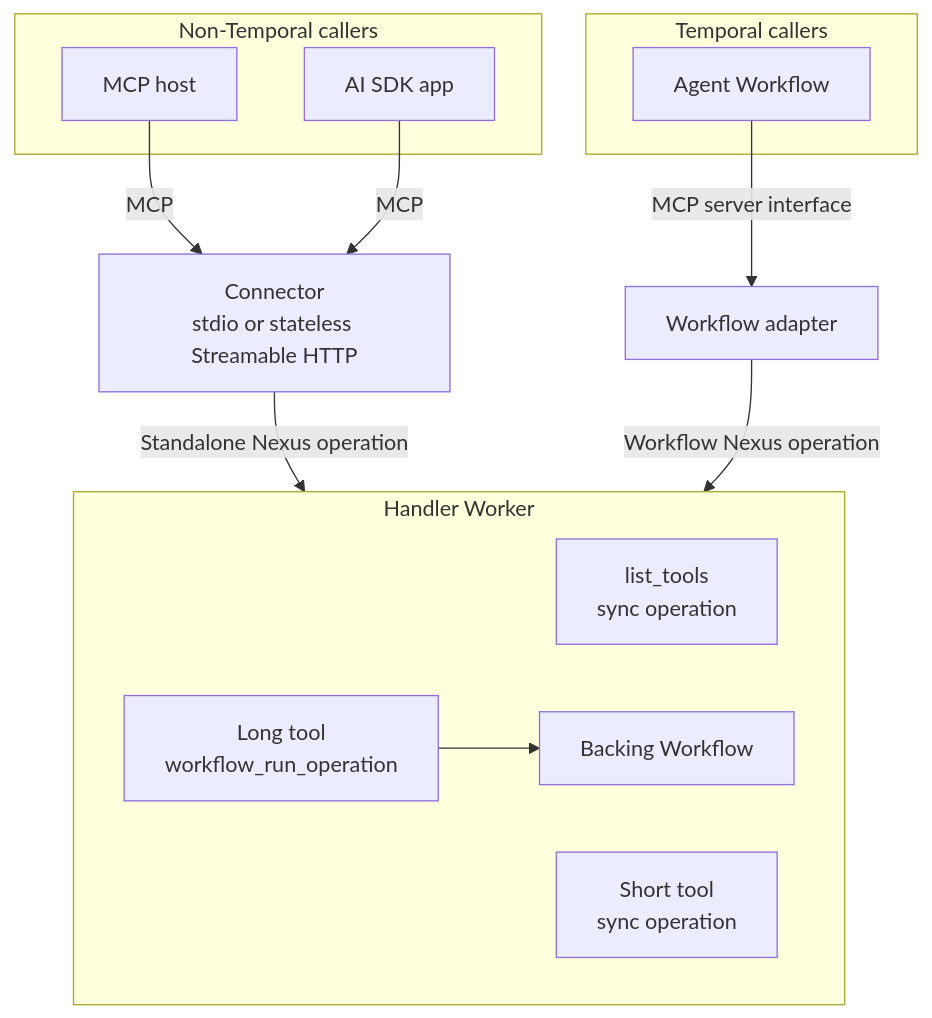
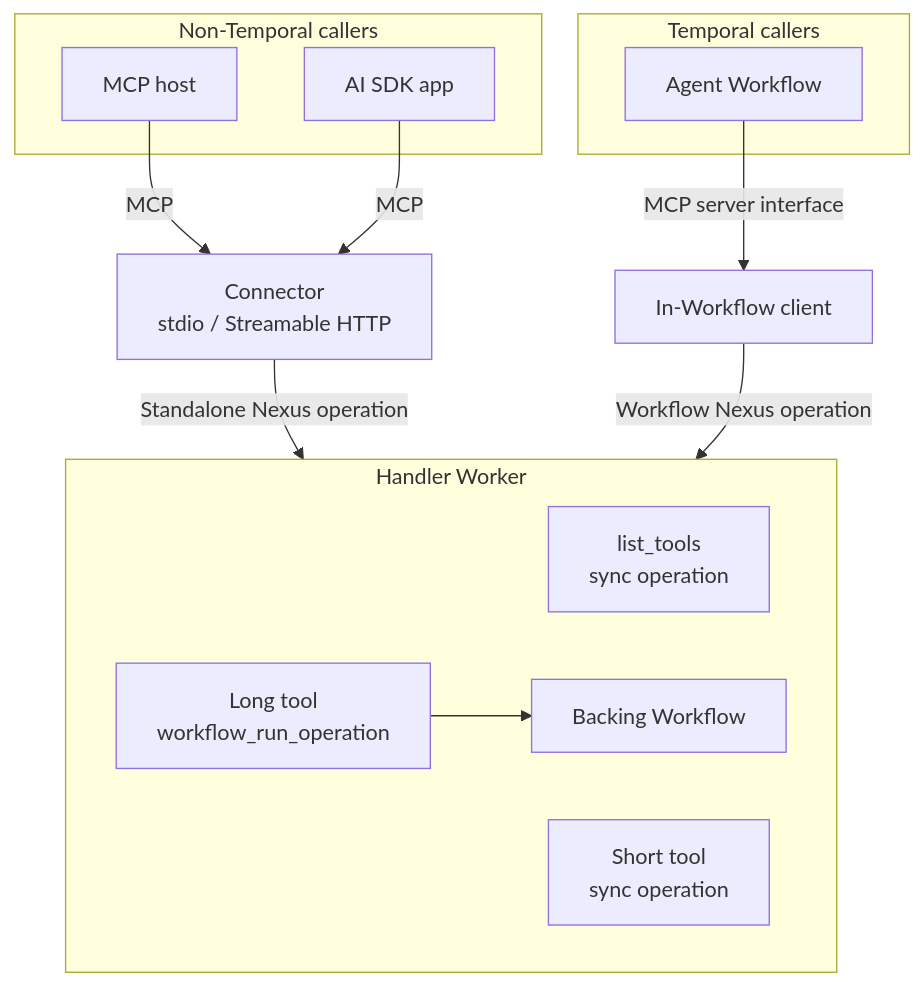
One commit to long-nt-tran/durable-mcp-connector changed the first of 5 diagrams in ARCHITECTURE.md. Above: the diagram before and after it, drawn with Mermaid. The commit also changed other lines of this file and 50 other files, not shown here.

````diff
--- a/ARCHITECTURE.md
+++ b/ARCHITECTURE.md
@@ -21,24 +21,24 @@
 ```mermaid
 flowchart TB
   subgraph NONTEMPORAL["Non-Temporal callers"]
     HOST["MCP host"]
     APP["AI SDK app"]
   end
   subgraph TEMPORAL["Temporal callers"]
     WF["Agent Workflow"]
   end
-  CONN["Connector<br>stdio or stateless Streamable HTTP"]
-  ADP["Workflow adapter"]
+  CONN["Connector<br>stdio / Streamable HTTP"]
+  ADP["In-Workflow client"]
   subgraph HW["Handler Worker"]
     LT["list_tools<br>sync operation"]
     SHORT["Short tool<br>sync operation"]
     LONG["Long tool<br>workflow_run_operation"]
     BWF["Backing Workflow"]
   end
   HOST -->|"MCP"| CONN
   APP -->|"MCP"| CONN
   WF -->|"MCP server interface"| ADP
   CONN -->|"Standalone Nexus operation"| HW
   ADP -->|"Workflow Nexus operation"| HW
   LONG --> BWF
 ```
````
